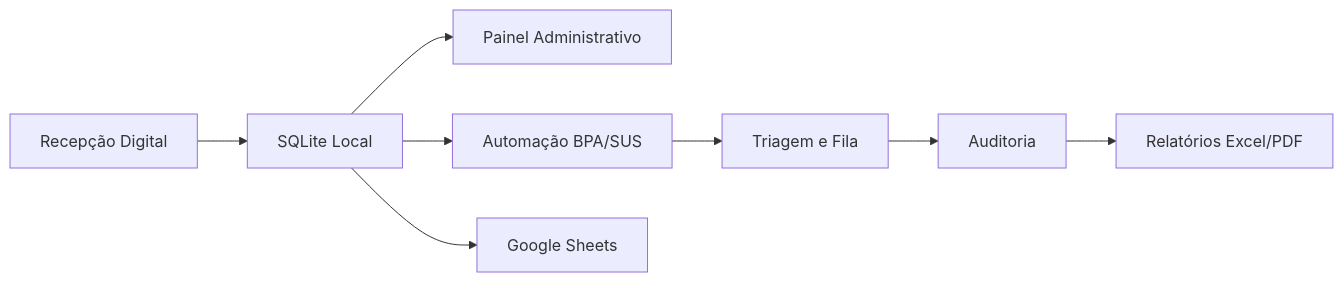
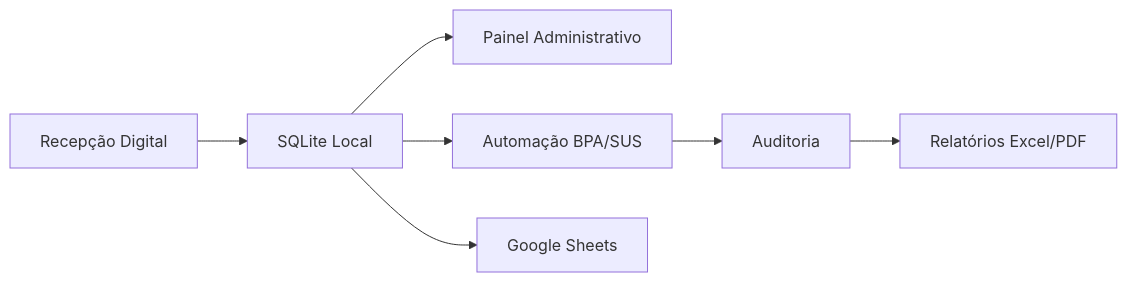
Before and after one commit to fabiogomes95/HMPCF-Automation-System: the diagram in README.md, drawn with Mermaid. The commit also changed other lines of this file, not shown here.

Commit message:
README.md: arquitetura completa + remove Triagem e Fila do diagrama

````diff
--- a/README.md
+++ b/README.md
@@ -55,10 +55,9 @@
 ```mermaid
 flowchart LR
 A[Recepção Digital] --> B[SQLite Local]
 B --> C[Painel Administrativo]
 B --> D[Automação BPA/SUS]
-D --> E[Triagem e Fila]
-E --> F[Auditoria]
+D --> F[Auditoria]
 F --> G[Relatórios Excel/PDF]
 B --> H[Google Sheets]
 ```
````
